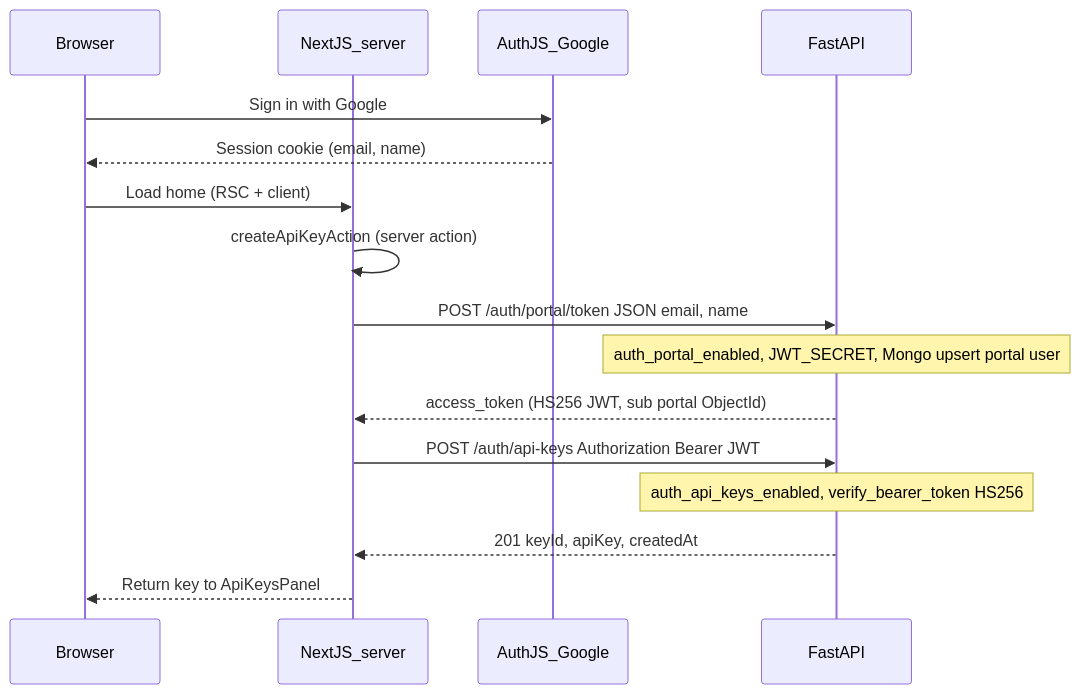
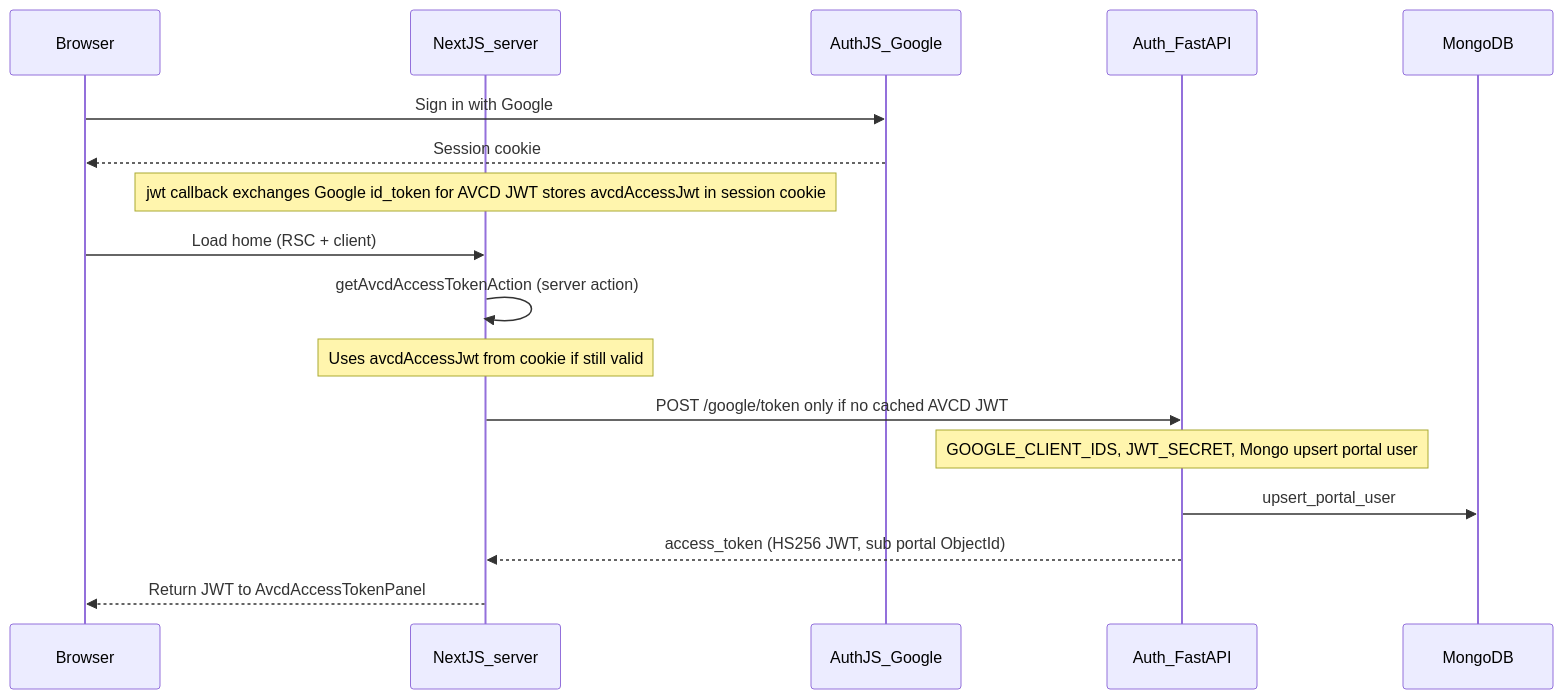
Before and after one commit to Avocado-Technology/avcd-app: the diagram in TOKEN_FLOW.md, drawn with Mermaid. The commit also changed other lines of this file and 24 other files, not shown here.

````diff
--- a/TOKEN_FLOW.md
+++ b/TOKEN_FLOW.md
@@ -7,23 +7,23 @@
 ```mermaid
 sequenceDiagram
   participant Browser
   participant Next as NextJS_server
-  participant Auth as AuthJS_Google
-  participant API as FastAPI
+  participant AuthJS as AuthJS_Google
+  participant Issuer as Auth_FastAPI
+  participant Mongo as MongoDB
 
-  Browser->>Auth: Sign in with Google
-  Auth-->>Browser: Session cookie (email, name)
+  Browser->>AuthJS: Sign in with Google
+  AuthJS-->>Browser: Session cookie
+  Note over Next: jwt callback exchanges Google id_token for AVCD JWT stores avcdAccessJwt in session cookie
 
   Browser->>Next: Load home (RSC + client)
-  Next->>Next: createApiKeyAction (server action)
+  Next->>Next: getAvcdAccessTokenAction (server action)
 
-  Next->>API: POST /auth/portal/token JSON email, name
-  Note over API: auth_portal_enabled, JWT_SECRET, Mongo upsert portal user
-  API-->>Next: access_token (HS256 JWT, sub portal ObjectId)
+  Note over Next: Uses avcdAccessJwt from cookie if still valid
+  Next->>Issuer: POST /google/token only if no cached AVCD JWT
+  Note over Issuer: GOOGLE_CLIENT_IDS, JWT_SECRET, Mongo upsert portal user
+  Issuer->>Mongo: upsert_portal_user
+  Issuer-->>Next: access_token (HS256 JWT, sub portal ObjectId)
 
-  Next->>API: POST /auth/api-keys Authorization Bearer JWT
-  Note over API: auth_api_keys_enabled, verify_bearer_token HS256
-  API-->>Next: 201 keyId, apiKey, createdAt
-
-  Next-->>Browser: Return key to ApiKeysPanel
+  Next-->>Browser: Return JWT to AvcdAccessTokenPanel
 ```
````
